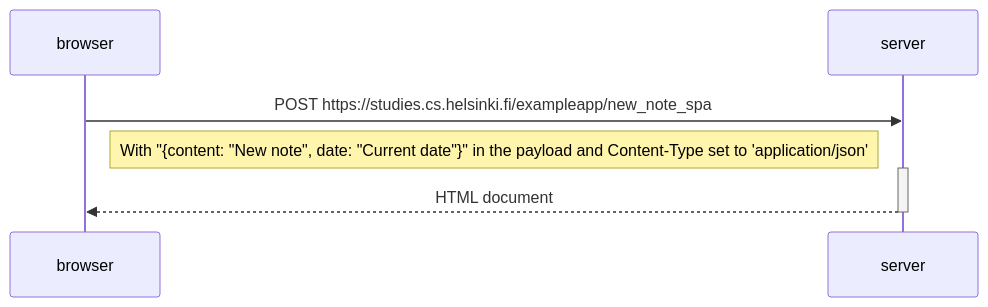
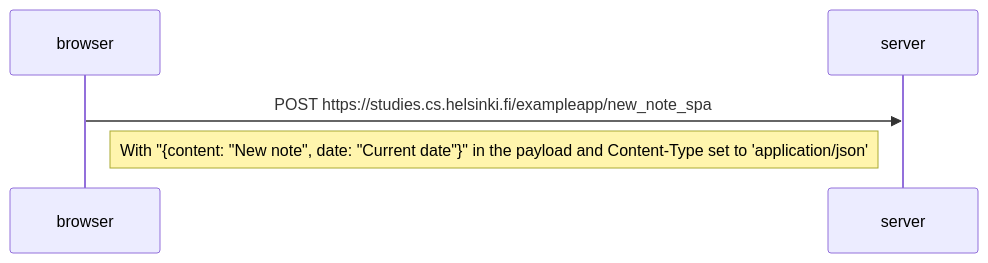
Before and after one commit to MatthieuGagne/fullstackopen: the diagram in part0/0.6 Diagram.MD, drawn with Mermaid.

Commit message:
Update 0.6 Diagram.MD

````diff
--- a/part0/0.6 Diagram.MD
+++ b/part0/0.6 Diagram.MD
@@ -1,11 +1,8 @@
 ```mermaid
 sequenceDiagram
     participant browser
     participant server
 
     browser->>server: POST https://studies.cs.helsinki.fi/exampleapp/new_note_spa
     Note right of browser: With "{content: "New note", date: "Current date"}" in the payload and Content-Type set to 'application/json'
-    activate server
-    server-->>browser: HTML document
-    deactivate server
 ```
````
